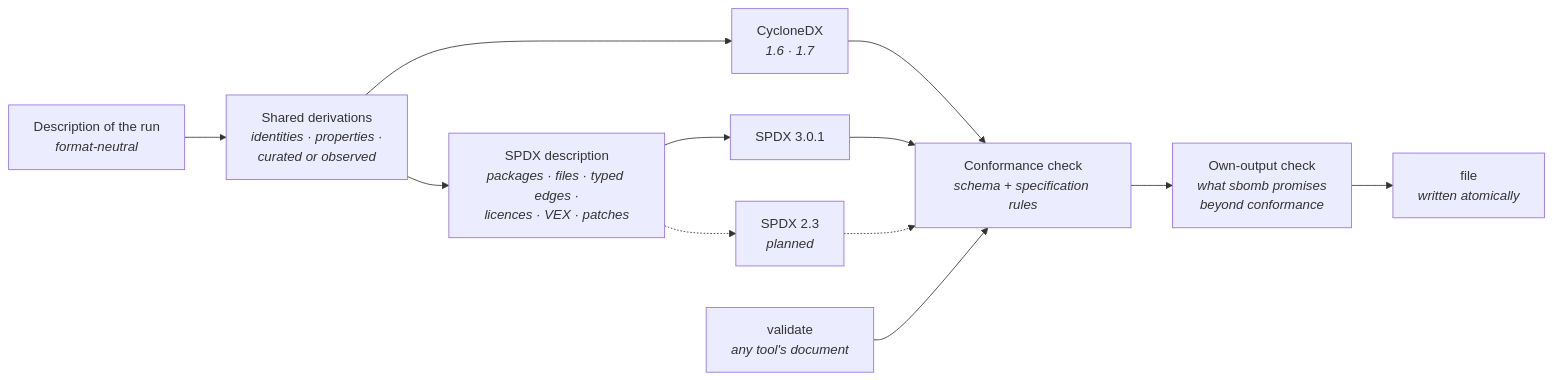
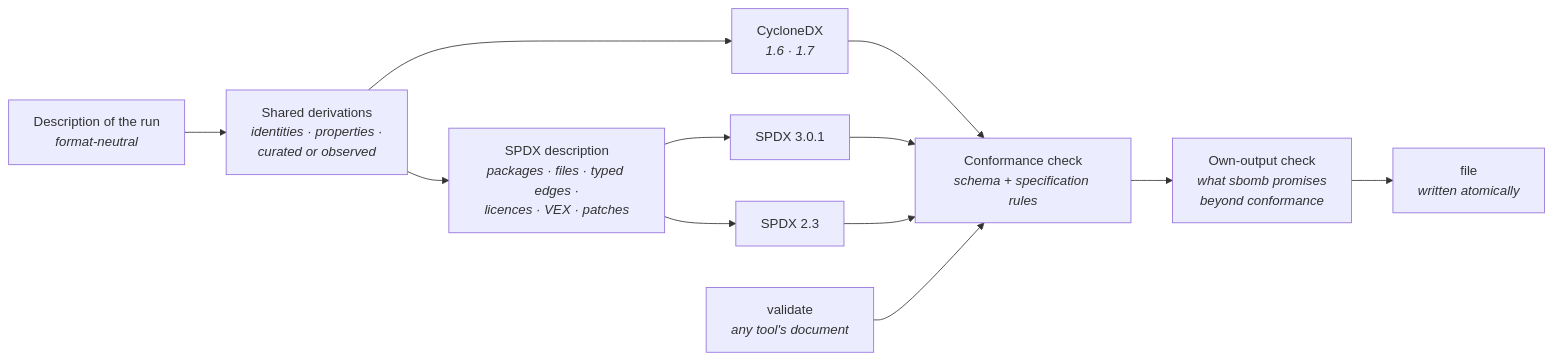
Before and after one commit to Andste82/sbomb: the eighth of 8 diagrams in docs/architecture.md, drawn with Mermaid. The commit also changed other lines of this file and 11 other files, not shown here.

````diff
--- a/docs/architecture.md
+++ b/docs/architecture.md
@@ -480,14 +488,14 @@
 ```mermaid
 flowchart LR
     D["Description of the run<br/><i>format-neutral</i>"] --> S["Shared derivations<br/><i>identities · properties ·<br/>curated or observed</i>"]
     S --> C["CycloneDX<br/><i>1.6 · 1.7</i>"]
     S --> M["SPDX description<br/><i>packages · files · typed edges ·<br/>licences · VEX · patches</i>"]
     M --> R3["SPDX 3.0.1"]
-    M -.-> R2["SPDX 2.3<br/><i>planned</i>"]
+    M --> R2["SPDX 2.3"]
     C --> V["Conformance check<br/><i>schema + specification rules</i>"]
     R3 --> V
-    R2 -.-> V
+    R2 --> V
     X["validate<br/><i>any tool's document</i>"] --> V
     V --> O["Own-output check<br/><i>what sbomb promises<br/>beyond conformance</i>"]
     O --> F["file<br/><i>written atomically</i>"]
 ```
````
